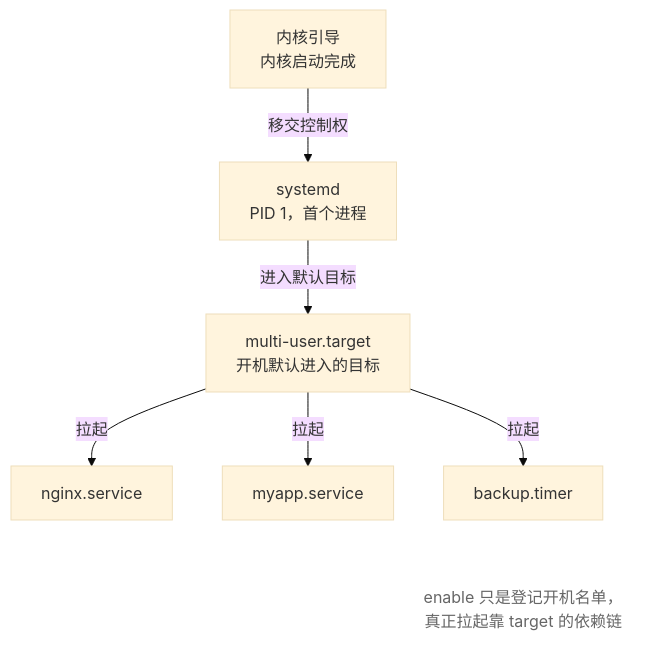
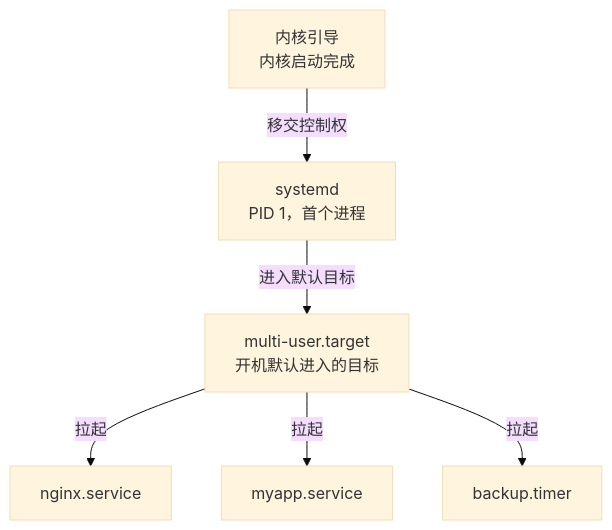
One commit to wangxiangnan/wangxiangnan.github.io changed the second of 3 diagrams in src/linux-command/ch11.md. Above: the diagram before and after it, drawn with Mermaid (base theme). The commit also changed other lines of this file and 15 other files, not shown here.

````diff
--- a/src/linux-command/ch11.md
+++ b/src/linux-command/ch11.md
@@ -63,14 +64,8 @@
 ```mermaid
 flowchart TB
     K["内核引导<br>内核启动完成"] -->|移交控制权| S["systemd<br>PID 1，首个进程"]
     S -->|进入默认目标| T["multi-user.target<br>开机默认进入的目标"]
     T -->|拉起| U1["nginx.service"]
     T -->|拉起| U2["myapp.service"]
     T -->|拉起| U3["backup.timer"]
-    N["enable 只是登记开机名单，真正拉起靠 target 的依赖链"]
-
-    U3 ~~~ N
-
-    classDef note fill:none,stroke:none,color:#666
-    class N note
 ```
````
